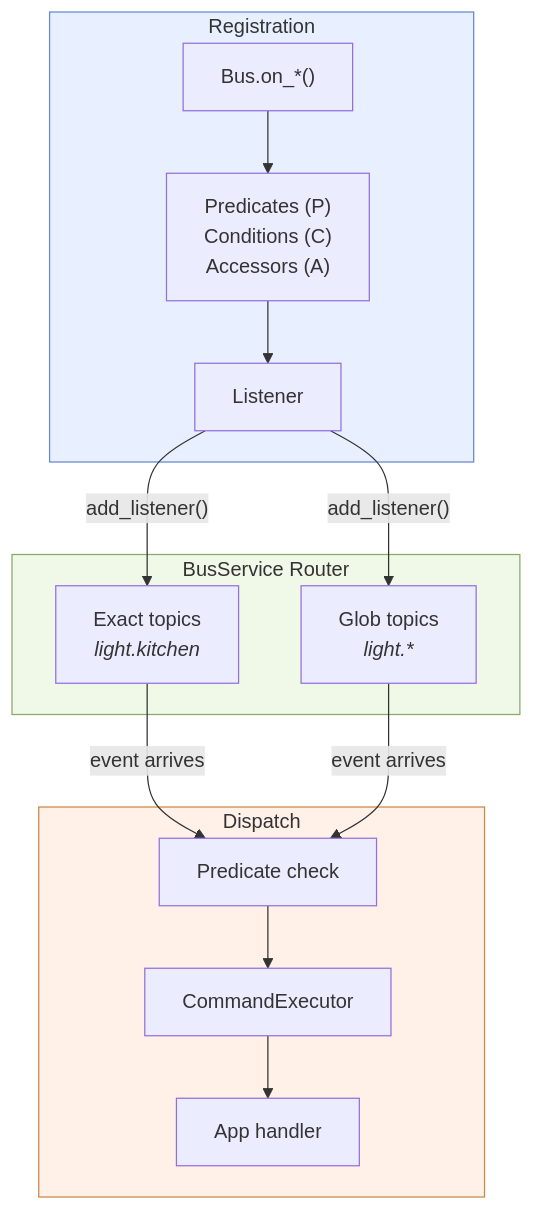
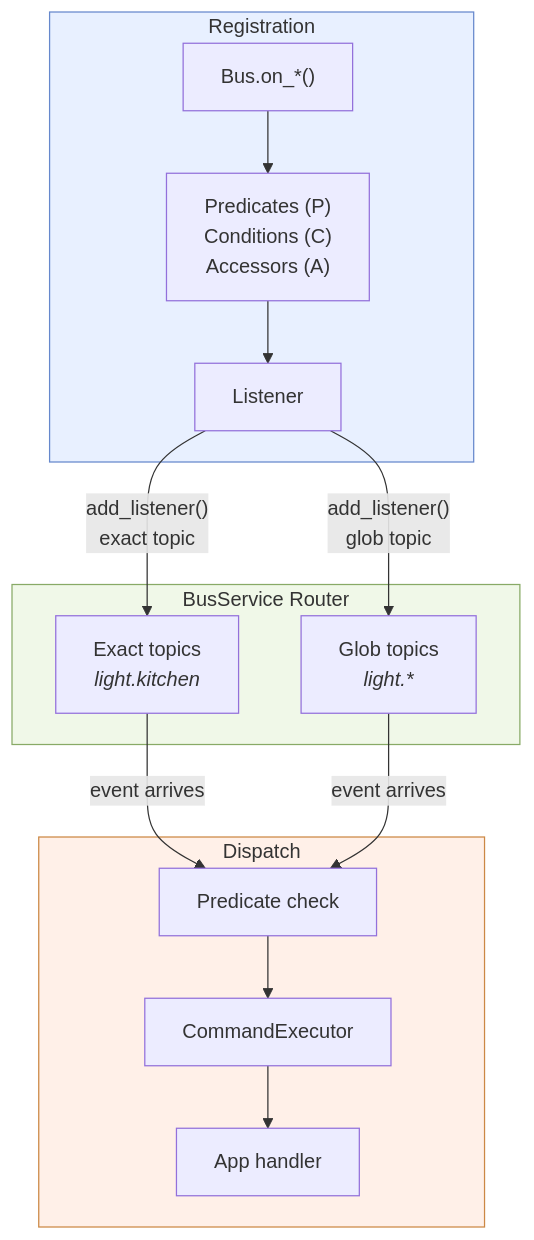
One commit to NodeJSmith/hassette changed the first of 5 diagrams in docs/pages/core-concepts/internals/service-details.md. Above: the diagram before and after it, drawn with Mermaid. The commit also changed other lines of this file, not shown here.

````diff
--- a/docs/pages/core-concepts/internals/service-details.md
+++ b/docs/pages/core-concepts/internals/service-details.md
@@ -9,31 +9,32 @@
 ```mermaid
 flowchart TD
     accTitle: Bus Event Routing
     accDescr: From app subscription through predicate filtering to handler invocation
 
     subgraph registration["Registration"]
         on["Bus.on_*()"]
         pca["Predicates (P)<br/>Conditions (C)<br/>Accessors (A)"]
         L["Listener"]
         on --> pca --> L
     end
 
     subgraph routing["BusService Router"]
         exact["Exact topics<br/><i>light.kitchen</i>"]
         glob["Glob topics<br/><i>light.*</i>"]
     end
 
     subgraph dispatch["Dispatch"]
         match["Predicate check"]
         exec["CommandExecutor"]
         handler["App handler"]
         match --> exec --> handler
     end
 
-    L -- "add_listener()" --> exact & glob
+    L -- "add_listener()<br/>exact topic" --> exact
+    L -- "add_listener()<br/>glob topic" --> glob
     exact & glob -- "event arrives" --> match
 
     style registration fill:#e8f0ff,stroke:#6688cc
     style routing fill:#f0f8e8,stroke:#88aa66
     style dispatch fill:#fff0e8,stroke:#cc8844
 ```
````
